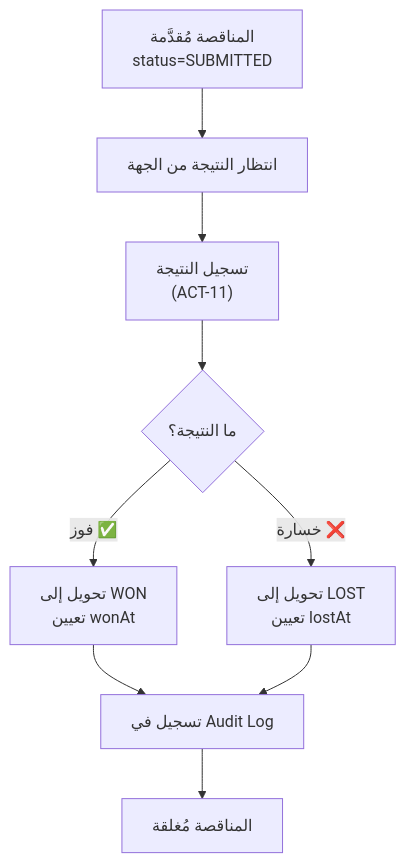
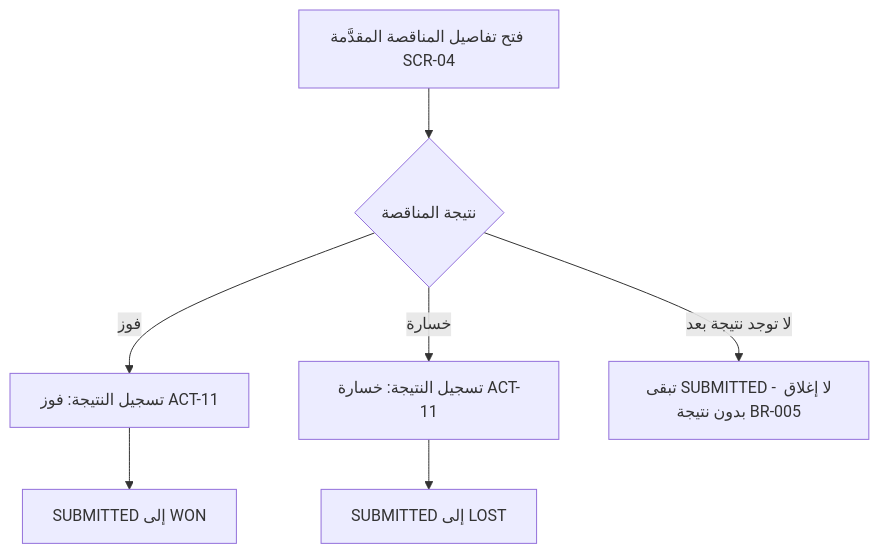
The sixth of 7 diagrams in docs/design/03-user-journeys.md (Fares-code0/tender_x), drawn with Mermaid before and after one commit. The commit also changed other lines of this file and 4 other files, not shown here.

````diff
--- a/docs/design/03-user-journeys.md
+++ b/docs/design/03-user-journeys.md
@@ -181,11 +166,9 @@
 ```mermaid
 flowchart TD
-    A["المناقصة مُقدَّمة<br/>status=SUBMITTED"] --> B["انتظار النتيجة من الجهة"]
-    B --> C["تسجيل النتيجة<br/>(ACT-11)"]
-    C --> D{"ما النتيجة؟"}
-    D -->|"فوز ✅"|E["تحويل إلى WON<br/>تعيين wonAt"]
-    D -->|"خسارة ❌"|F["تحويل إلى LOST<br/>تعيين lostAt"]
-    E --> G["تسجيل في Audit Log"]  
-    F --> G
-    G --> H["المناقصة مُغلقة"]
+    A[فتح تفاصيل المناقصة المقدَّمة SCR-04] --> B{نتيجة المناقصة}
+    B -->|فوز| C[تسجيل النتيجة: فوز ACT-11]
+    C --> D[SUBMITTED إلى WON]
+    B -->|خسارة| E[تسجيل النتيجة: خسارة ACT-11]
+    E --> F[SUBMITTED إلى LOST]
+    B -->|لا توجد نتيجة بعد| G[تبقى SUBMITTED - لا إغلاق بدون نتيجة BR-005]
 ```
````
